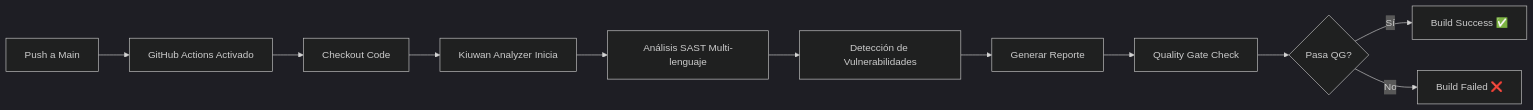
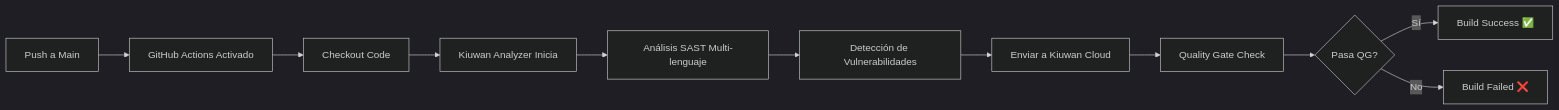
One commit to jhneira-sol/kiuwan-sast-pipeline changed the diagram in README.md. Above: the diagram before and after it, drawn with Mermaid (dark theme). The commit also changed other lines of this file, not shown here.

Commit message:
docs: Actualizar sección de resultados para indicar visualización en Kiuwan Cloud

````diff
--- a/README.md
+++ b/README.md
@@ -60,13 +60,13 @@
 ```mermaid
 graph LR
     A[Push a Main] --> B[GitHub Actions Activado]
     B --> C[Checkout Code]
     C --> D[Kiuwan Analyzer Inicia]
     D --> E[Análisis SAST Multi-lenguaje]
     E --> F[Detección de Vulnerabilidades]
-    F --> G[Generar Reporte]
+    F --> G[Enviar a Kiuwan Cloud]
     G --> H[Quality Gate Check]
     H --> I{Pasa QG?}
     I -->|Sí| J[Build Success ✅]
     I -->|No| K[Build Failed ❌]
 ```
````
